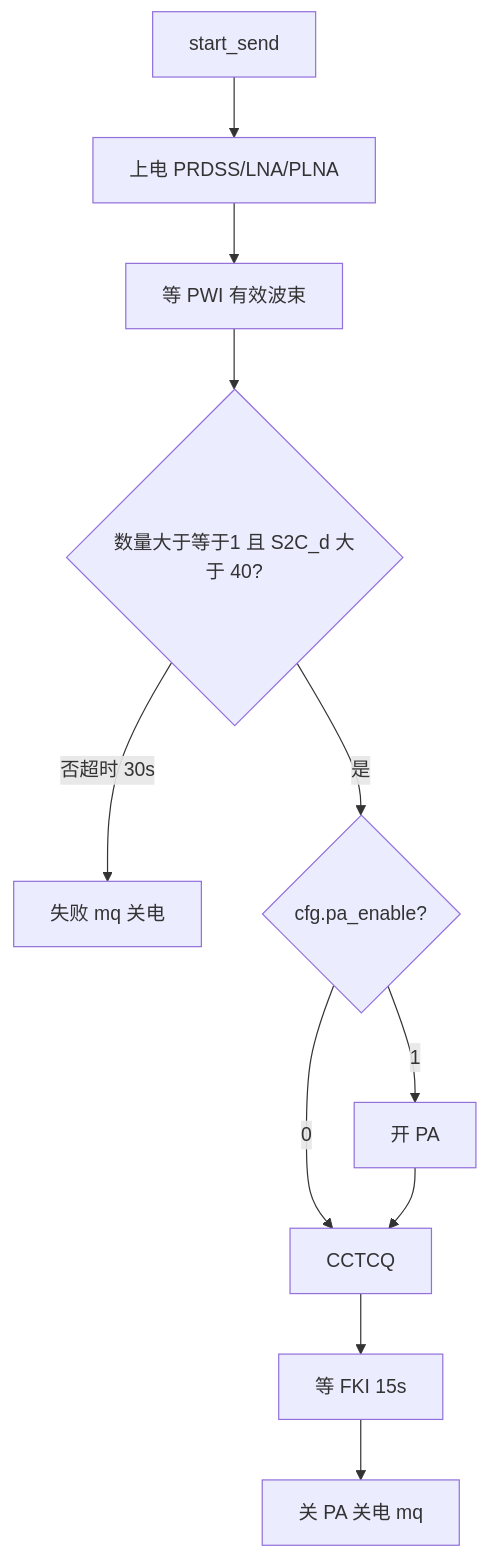
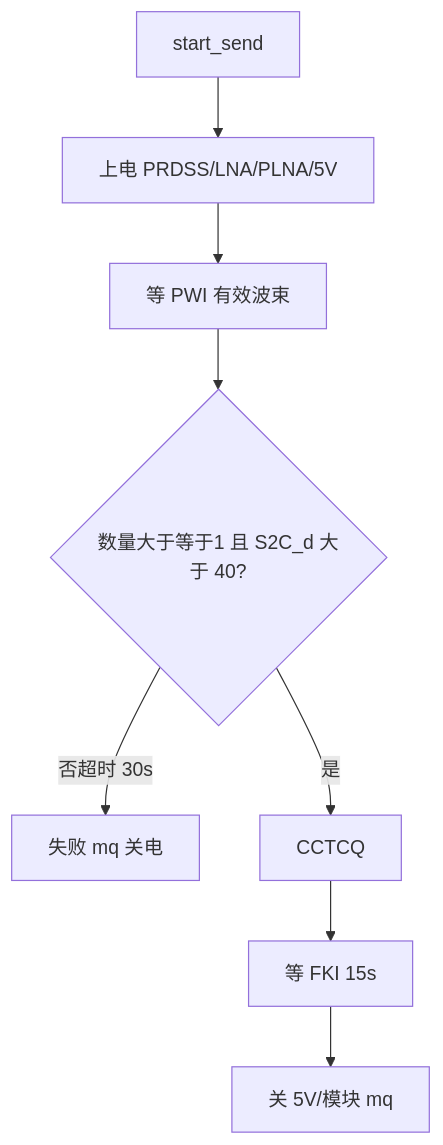
The second of 2 diagrams in BSP/rdss/flow.md (fenglong2018/MB-A01-PRO), drawn with Mermaid before and after one commit. The commit also changed other lines of this file and 86 other files, not shown here.

````diff
--- a/BSP/rdss/flow.md
+++ b/BSP/rdss/flow.md
@@ -21,13 +21,10 @@
 ```mermaid
 flowchart TD
-  A[start_send] --> B[上电 PRDSS/LNA/PLNA]
+  A[start_send] --> B[上电 PRDSS/LNA/PLNA/5V]
   B --> C[等 PWI 有效波束]
   C --> D{数量大于等于1 且 S2C_d 大于 40?}
   D -->|否超时 30s| F[失败 mq 关电]
-  D -->|是| E{cfg.pa_enable?}
-  E -->|1| G[开 PA]
-  E -->|0| H[CCTCQ]
-  G --> H
+  D -->|是| H[CCTCQ]
   H --> I[等 FKI 15s]
-  I --> J[关 PA 关电 mq]
+  I --> J[关 5V/模块 mq]
 ```
````
